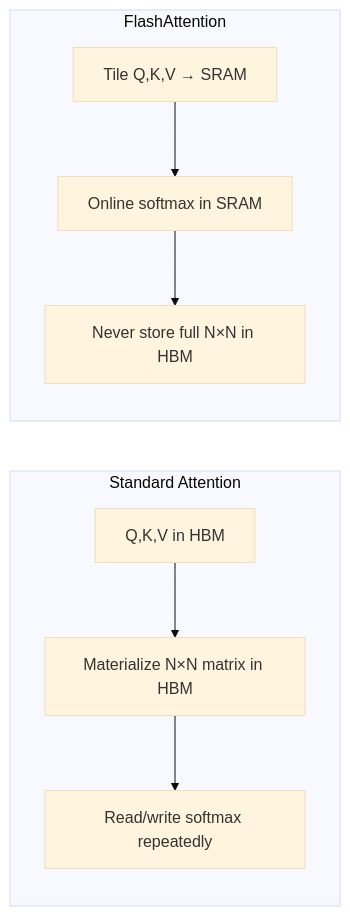
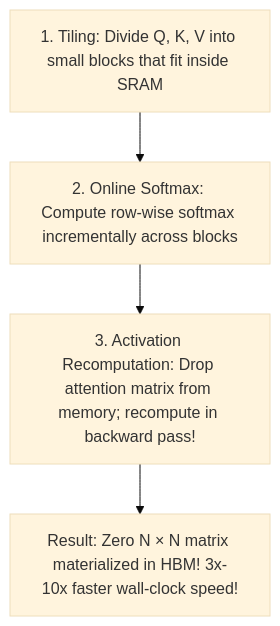
Before and after one commit to 1345AbhishekKumar/cs-cookbook: the sixth of 9 diagrams in content/docs/ai-agents/agentic-ai/04-llm-training-and-peft.mdx, drawn with Mermaid (base theme). The commit also changed other lines of this file and 299 other files, not shown here.

````diff
--- a/content/docs/ai-agents/agentic-ai/04-llm-training-and-peft.mdx
+++ b/content/docs/ai-agents/agentic-ai/04-llm-training-and-peft.mdx
@@ -101,11 +178,6 @@
 ```mermaid
-flowchart LR
-    subgraph Standard["Standard Attention"]
-        S1["Q,K,V in HBM"] --> S2["Materialize N×N matrix in HBM"]
-        S2 --> S3["Read/write softmax repeatedly"]
-    end
-    subgraph Flash["FlashAttention"]
-        F1["Tile Q,K,V → SRAM"] --> F2["Online softmax in SRAM"]
-        F2 --> F3["Never store full N×N in HBM"]
-    end
+flowchart TD
+    Tile["1. Tiling: Divide Q, K, V into small blocks that fit inside SRAM"] --> Online["2. Online Softmax: Compute row-wise softmax incrementally across blocks"]
+    Online --> Recompute["3. Activation Recomputation: Drop attention matrix from memory; recompute in backward pass!"]
+    Recompute --> Result["Result: Zero N × N matrix materialized in HBM! 3x-10x faster wall-clock speed!"]
 ```
````
